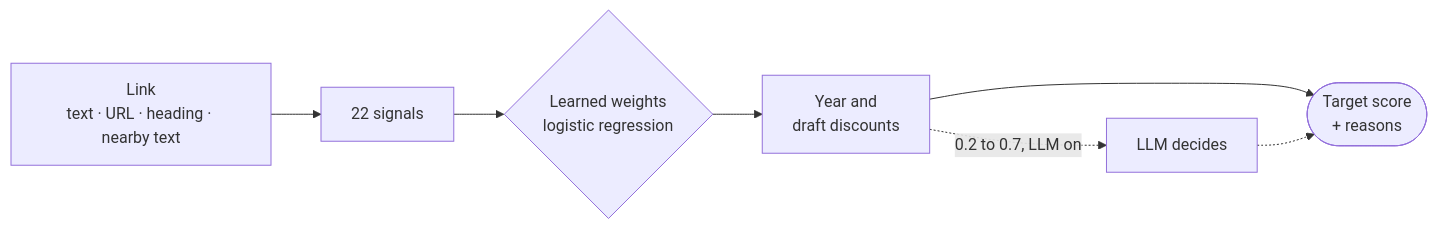
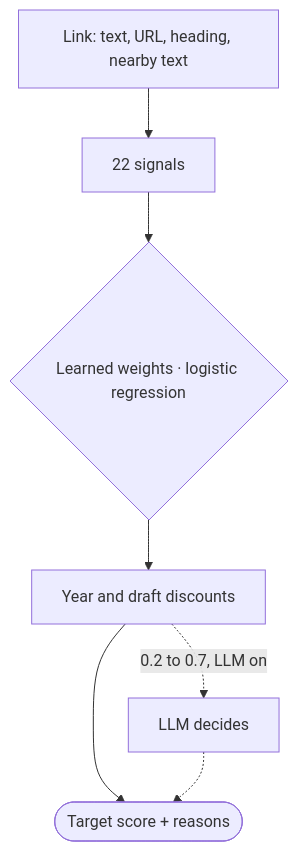
One commit to igalk1515/FiscalScout changed the third of 3 diagrams in README.md. Above: the diagram before and after it, drawn with Mermaid. The commit also changed other lines of this file, not shown here.

Commit message:
README: top-down diagrams, so every box is readable

````diff
--- a/README.md
+++ b/README.md
@@ -77,8 +78,9 @@
 ```mermaid
-flowchart LR
-    link[Link<br/>text · URL · heading · nearby text] --> signals[22 signals]
-    signals --> model{Learned weights<br/>logistic regression}
-    model --> policy[Year and<br/>draft discounts]
-    policy --> score([Target score<br/>+ reasons])
-    policy -.->|0.2 to 0.7, LLM on| llm[LLM decides] -.-> score
+flowchart TB
+    link[Link: text, URL, heading, nearby text] --> signals[22 signals]
+    signals --> model{Learned weights · logistic regression}
+    model --> policy[Year and draft discounts]
+    policy --> score([Target score + reasons])
+    policy -.->|0.2 to 0.7, LLM on| llm[LLM decides]
+    llm -.-> score
 ```
````
